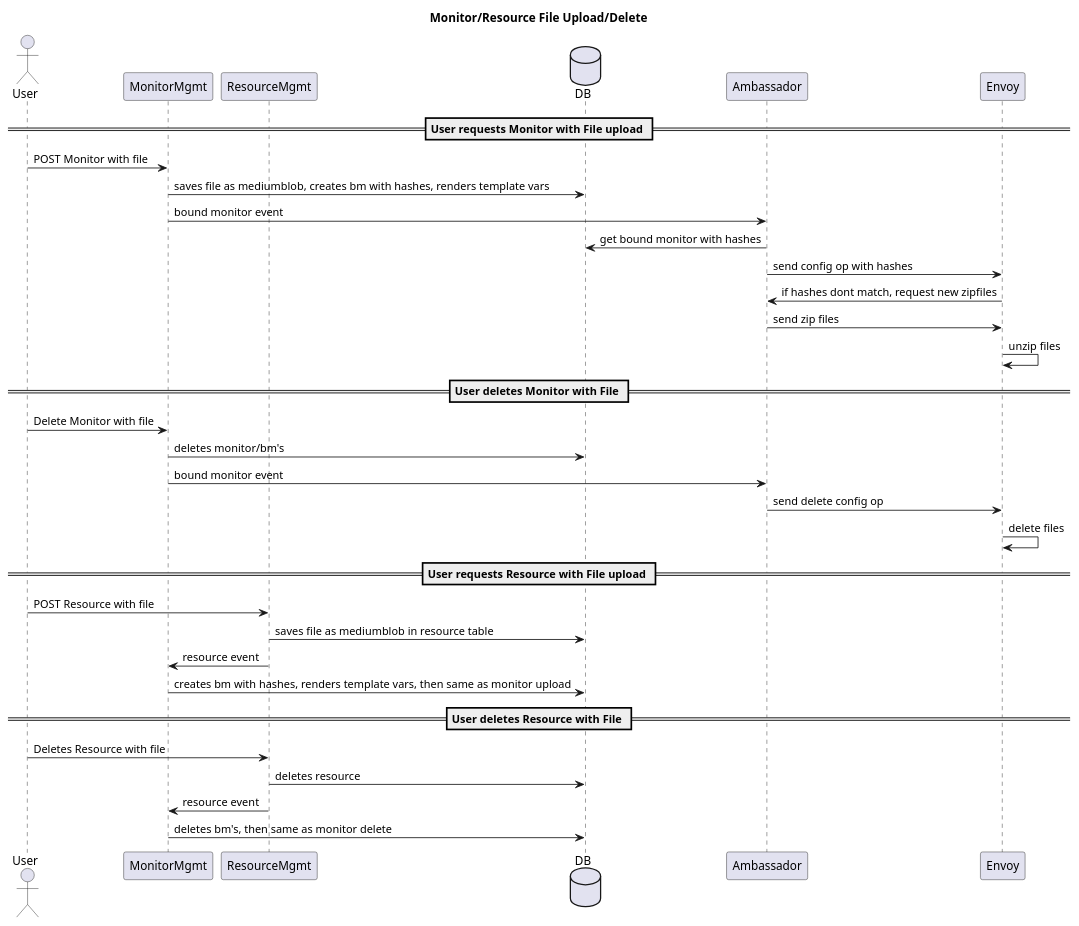
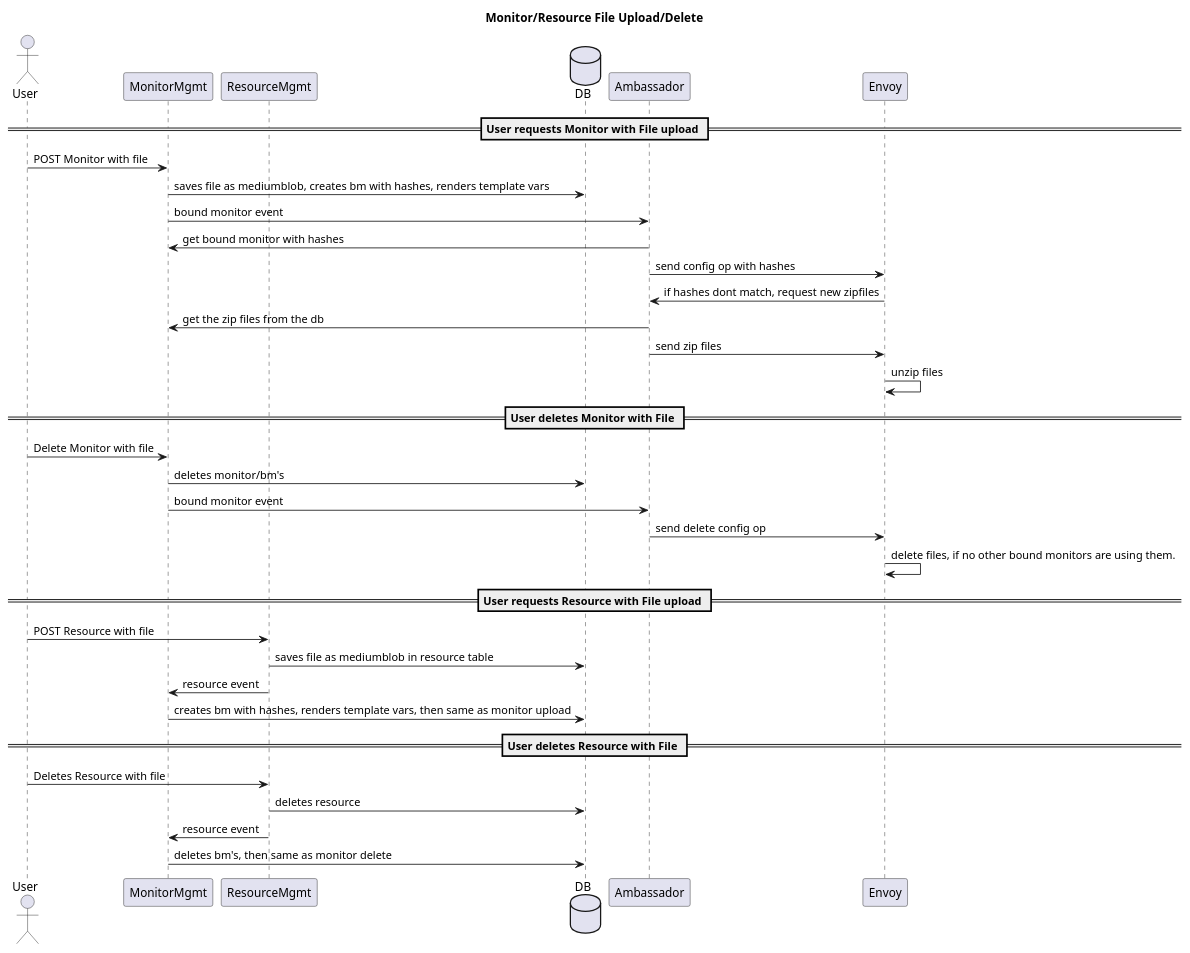
The diagram in design/file-upload.puml (racker/salus-docs), drawn with PlantUML before and after one commit. The commit also changed 1 other file, not shown here.

```diff
--- a/design/file-upload.puml
+++ b/design/file-upload.puml
@@ -1,47 +1,48 @@
 @startuml
 
 title Monitor/Resource File Upload/Delete
 
 actor User
 participant MonitorMgmt as MM
 participant ResourceMgmt as RM
 database DB
 participant Ambassador as Amb
 participant Envoy
 
 == User requests Monitor with File upload ==
 
 User -> MM: POST Monitor with file
 MM -> DB: saves file as mediumblob, creates bm with hashes, renders template vars
 MM -> Amb: bound monitor event
-DB <- Amb: get bound monitor with hashes
+Amb -> MM: get bound monitor with hashes
 Amb -> Envoy: send config op with hashes
 Envoy -> Amb: if hashes dont match, request new zipfiles
+Amb -> MM: get the zip files from the db
 Amb -> Envoy: send zip files
 Envoy -> Envoy: unzip files
 
 == User deletes Monitor with File ==
 
 User -> MM: Delete Monitor with file
 MM -> DB: deletes monitor/bm's
 MM -> Amb: bound monitor event
 Amb -> Envoy: send delete config op
-Envoy -> Envoy: delete files
+Envoy -> Envoy: delete files, if no other bound monitors are using them.
 
 
 == User requests Resource with File upload ==
 
 User -> RM: POST Resource with file
 RM -> DB: saves file as mediumblob in resource table
 RM -> MM: resource event
 MM -> DB: creates bm with hashes, renders template vars, then same as monitor upload
 
 == User deletes Resource with File ==
 
 User -> RM: Deletes Resource with file
 RM -> DB: deletes resource
 RM -> MM: resource event
 MM -> DB: deletes bm's, then same as monitor delete
 
 
 @enduml
```
